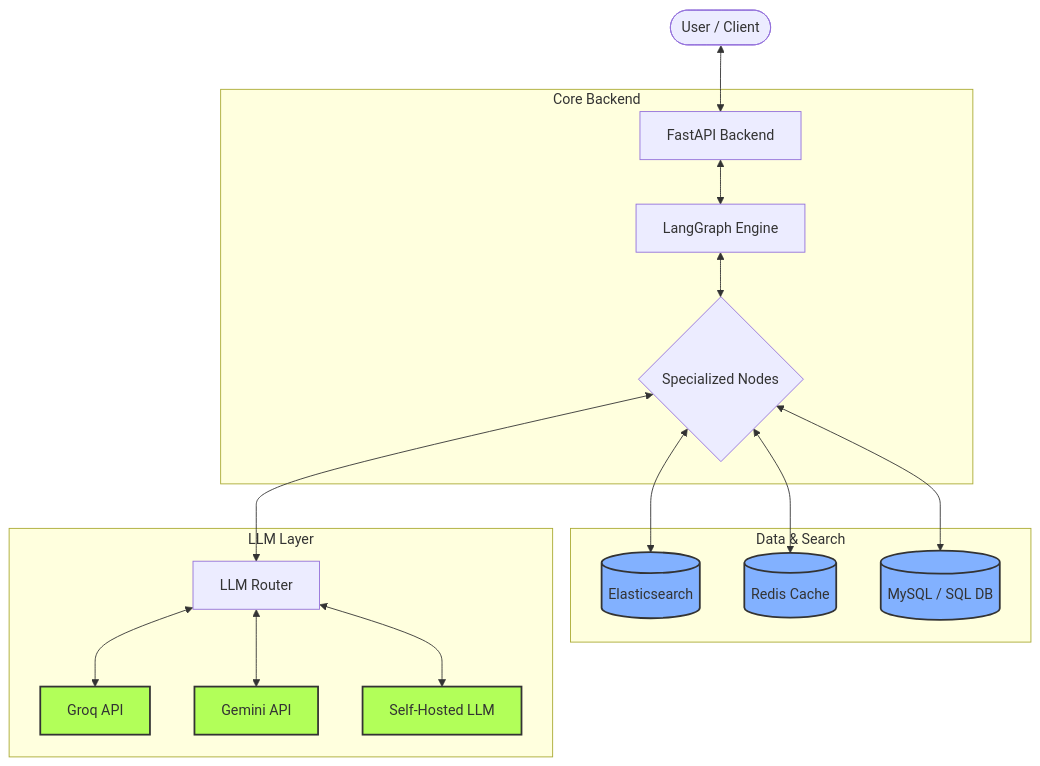
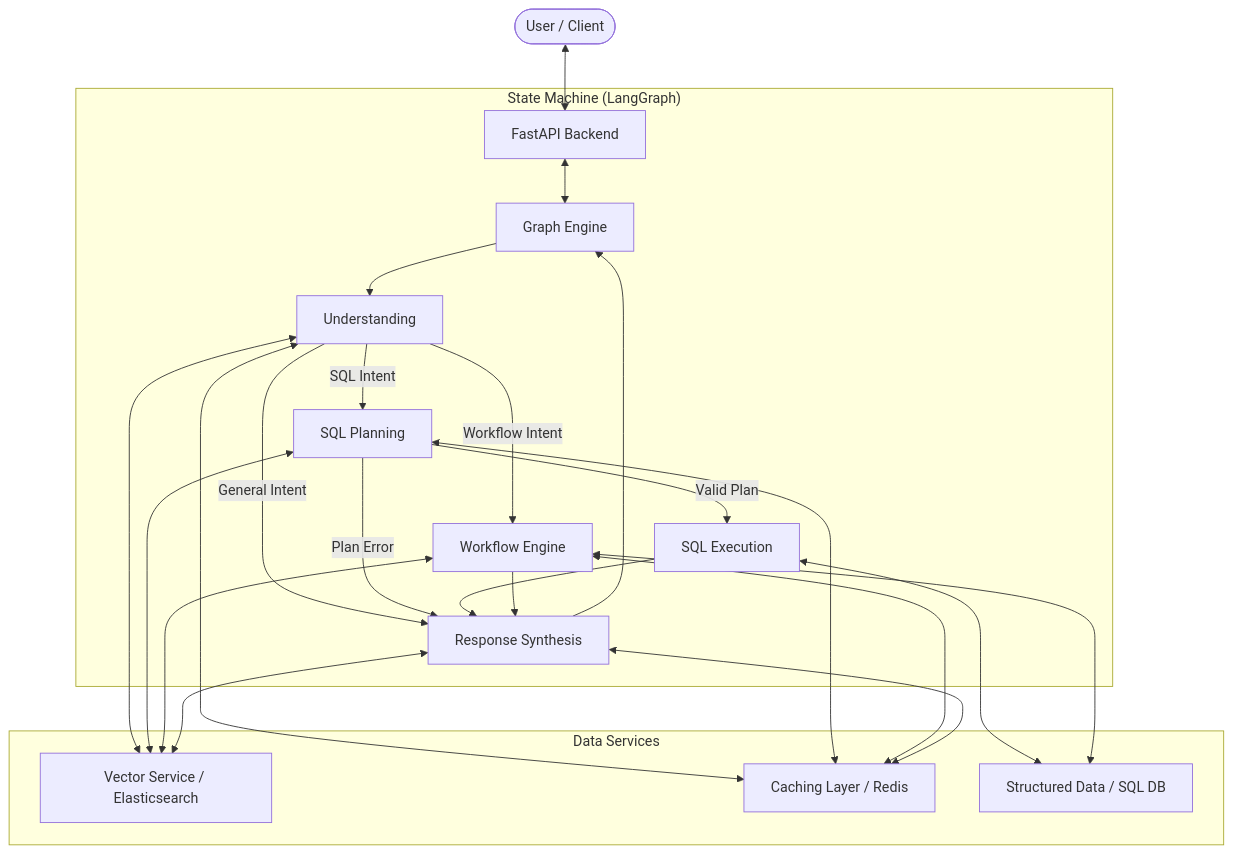
One commit to deepakraaaj/ChatBot changed the diagram in README.md. Above: the diagram before and after it, drawn with Mermaid. The commit also changed other lines of this file, not shown here.

Commit message:
docs: Professionalize README and detail core backend architecture

````diff
--- a/README.md
+++ b/README.md
@@ -42,29 +19,23 @@
 ```mermaid
 graph TD
     User([User / Client]) <--> API[FastAPI Backend]
     
-    subgraph "Core Backend"
-        API <--> Graph[LangGraph Engine]
-        Graph <--> Nodes{Specialized Nodes}
+    subgraph "State Machine (LangGraph)"
+        API <--> Engine[Graph Engine]
+        Engine --> U[Understanding]
+        U -- SQL Intent --> P[SQL Planning]
+        P -- Valid Plan --> E[SQL Execution]
+        U -- Workflow Intent --> W[Workflow Engine]
+        U -- General Intent --> R[Response Synthesis]
+        P -- Plan Error --> R
+        E --> R
+        W --> R
+        R --> Engine
     end
     
-    subgraph "Data & Search"
-        Nodes <--> ES[(Elasticsearch)]
-        Nodes <--> Redis[(Redis Cache)]
-        Nodes <--> DB[(MySQL / SQL DB)]
+    subgraph "Data Services"
+        U & P & W & R <--> Vector[Vector Service / Elasticsearch]
+        U & P & W & R <--> Cache[Caching Layer / Redis]
+        E & W <--> DB[Structured Data / SQL DB]
     end
-    
-    subgraph "LLM Layer"
-        Nodes <--> Router[LLM Router]
-        Router <--> Groq[Groq API]
-        Router <--> Gemini[Gemini API]
-        Router <--> Local[Self-Hosted LLM]
-    end
-
-    classDef primary fill:#f9f,stroke:#333,stroke-width:2px;
-    classDef storage fill:#82b1ff,stroke:#333,stroke-width:2px;
-    classDef llm fill:#b2ff59,stroke:#333,stroke-width:2px;
-    
-    class ES,Redis,DB storage;
-    class Groq,Gemini,Local llm;
 ```
````
